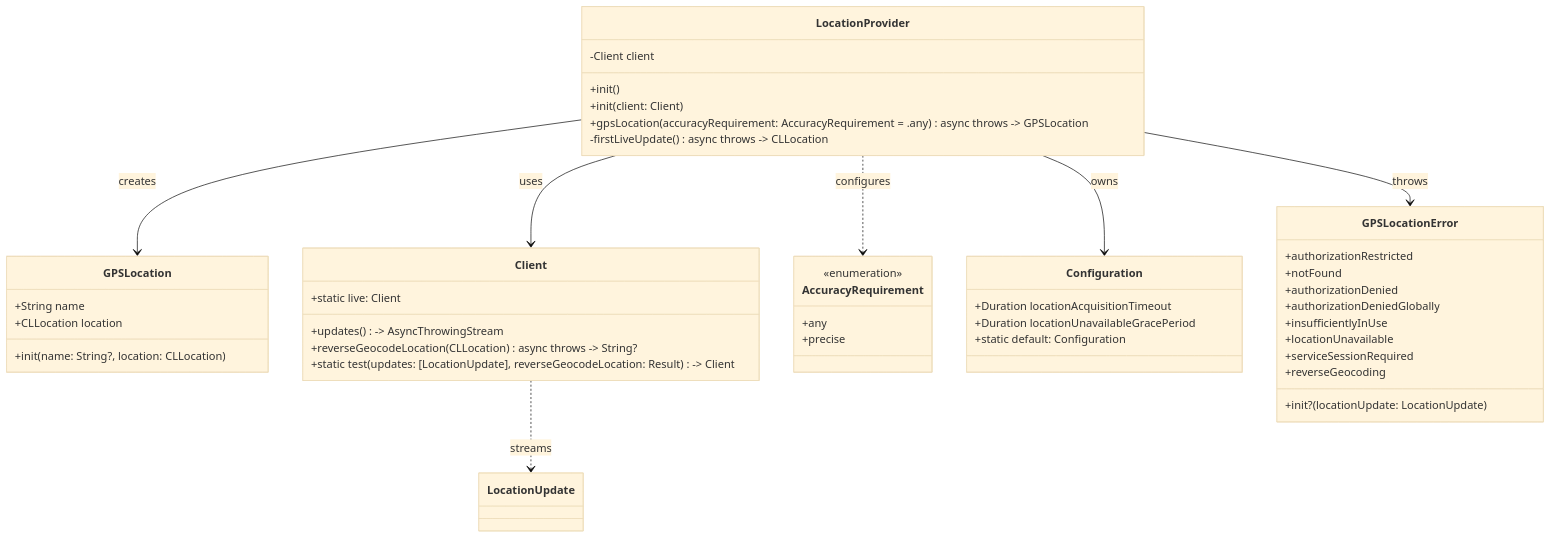
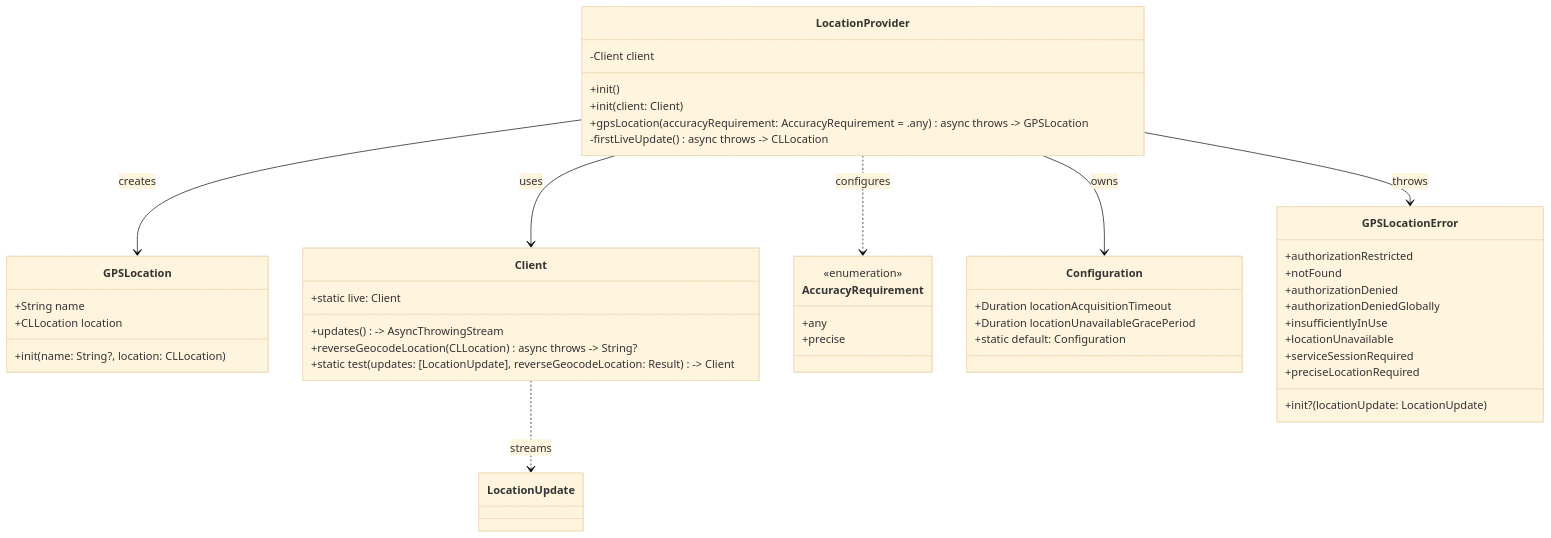
The first of 3 diagrams in Technical.md (kraigspear/LocationProvider), drawn with Mermaid (base theme) before and after one commit. The commit also changed 3 other files, not shown here.

````diff
--- a/Technical.md
+++ b/Technical.md
@@ -11,54 +11,54 @@
 ```mermaid
 classDiagram
     class LocationProvider {
         -Client client
         +init()
         +init(client: Client)
         +gpsLocation(accuracyRequirement: AccuracyRequirement = .any) async throws -> GPSLocation
         -firstLiveUpdate() async throws -> CLLocation
     }
     
     class GPSLocation {
         +String name
         +CLLocation location
         +init(name: String?, location: CLLocation)
     }
     
     class Client {
         +updates() -> AsyncThrowingStream<LocationUpdate, Error>
         +reverseGeocodeLocation(CLLocation) async throws -> String?
         +static live: Client
         +static test(updates: [LocationUpdate], reverseGeocodeLocation: Result<String?, Error>) -> Client
     }
 
     class AccuracyRequirement {
         <<enumeration>>
         +any
         +precise
     }
 
     class Configuration {
         +Duration locationAcquisitionTimeout
         +Duration locationUnavailableGracePeriod
         +static default: Configuration
     }
 
     class GPSLocationError {
         +authorizationRestricted
         +notFound
         +authorizationDenied
         +authorizationDeniedGlobally
         +insufficientlyInUse
         +locationUnavailable
         +serviceSessionRequired
-        +reverseGeocoding
+        +preciseLocationRequired
         +init?(locationUpdate: LocationUpdate)
     }
     
     LocationProvider --> Client : uses
     LocationProvider --> GPSLocation : creates
     LocationProvider --> GPSLocationError : throws
     Client ..> LocationUpdate : streams
     LocationProvider ..> AccuracyRequirement : configures
     LocationProvider --> Configuration : owns
 ```
````
